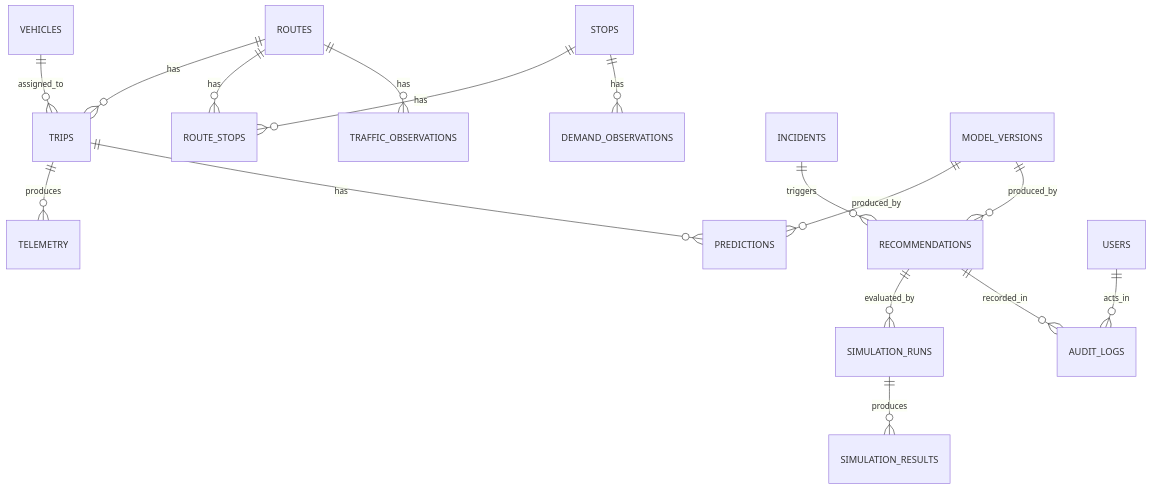
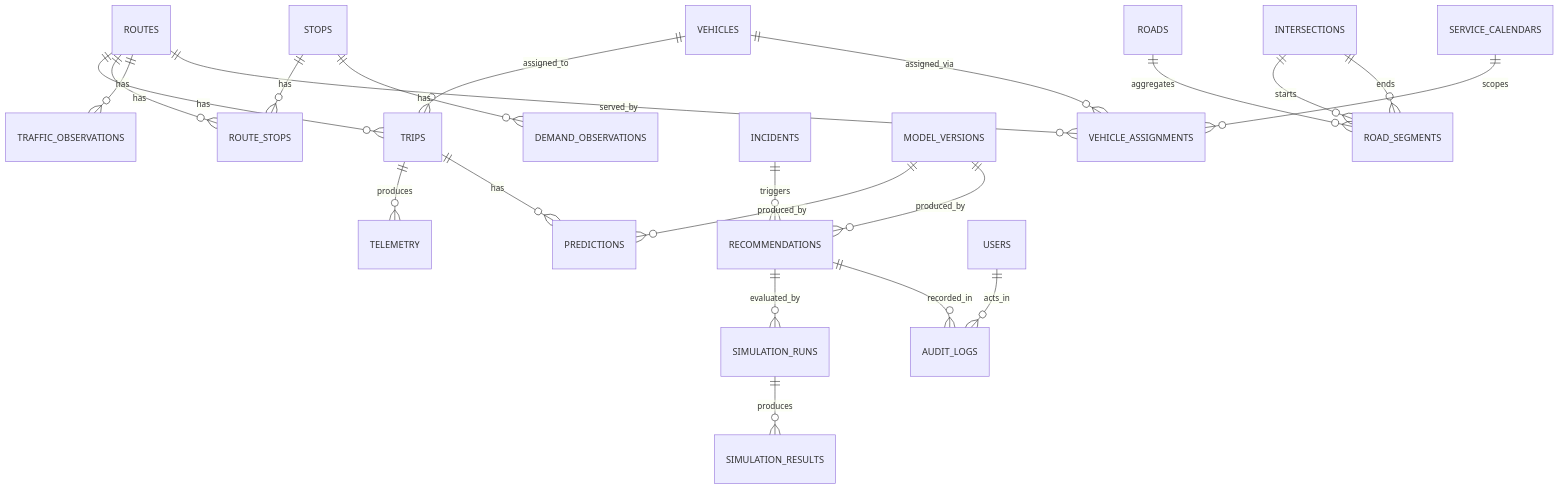
One commit to SurajN4ir/dynamic-route-rationalization-ai changed the diagram in docs/architecture/04-data-model.md. Above: the diagram before and after it, drawn with Mermaid. The commit also changed other lines of this file and 41 other files, not shown here.

````diff
--- a/docs/architecture/04-data-model.md
+++ b/docs/architecture/04-data-model.md
@@ -9,18 +9,24 @@
 ```mermaid
 erDiagram
     ROUTES ||--o{ TRIPS : has
     ROUTES ||--o{ ROUTE_STOPS : has
     STOPS ||--o{ ROUTE_STOPS : has
     VEHICLES ||--o{ TRIPS : assigned_to
     TRIPS ||--o{ TELEMETRY : produces
     TRIPS ||--o{ PREDICTIONS : has
     ROUTES ||--o{ TRAFFIC_OBSERVATIONS : has
     STOPS ||--o{ DEMAND_OBSERVATIONS : has
     INCIDENTS ||--o{ RECOMMENDATIONS : triggers
     RECOMMENDATIONS ||--o{ SIMULATION_RUNS : evaluated_by
     SIMULATION_RUNS ||--o{ SIMULATION_RESULTS : produces
     RECOMMENDATIONS ||--o{ AUDIT_LOGS : recorded_in
     MODEL_VERSIONS ||--o{ PREDICTIONS : produced_by
     MODEL_VERSIONS ||--o{ RECOMMENDATIONS : produced_by
     USERS ||--o{ AUDIT_LOGS : acts_in
+    ROADS ||--o{ ROAD_SEGMENTS : aggregates
+    INTERSECTIONS ||--o{ ROAD_SEGMENTS : starts
+    INTERSECTIONS ||--o{ ROAD_SEGMENTS : ends
+    VEHICLES ||--o{ VEHICLE_ASSIGNMENTS : assigned_via
+    ROUTES ||--o{ VEHICLE_ASSIGNMENTS : served_by
+    SERVICE_CALENDARS ||--o{ VEHICLE_ASSIGNMENTS : scopes
 ```
````
